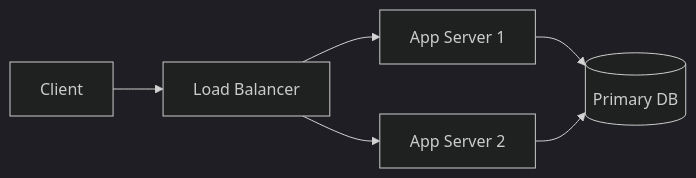
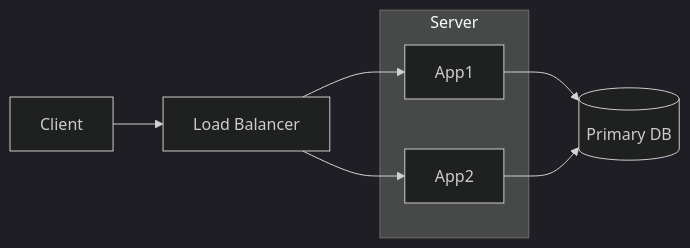
The first of 3 diagrams in src/main/java/com/system/design/high_level_design/code_concept/design-high-availability-architecture.md (danishnetp/learning-system-design-concepts), drawn with Mermaid (dark theme) before and after one commit.

Commit message:
c&c design high availability.

````diff
--- a/src/main/java/com/system/design/high_level_design/code_concept/design-high-availability-architecture.md
+++ b/src/main/java/com/system/design/high_level_design/code_concept/design-high-availability-architecture.md
@@ -70,8 +70,12 @@
 ```mermaid
 flowchart LR
     C[Client] --> LB[Load Balancer]
-    LB --> A1[App Server 1]
-    LB --> A2[App Server 2]
+    subgraph S[Server]
+        A1[App1]
+        A2[App2]
+    end
+    LB --> A1
+    LB --> A2
     A1 --> DB[(Primary DB)]
     A2 --> DB
 ```
````
